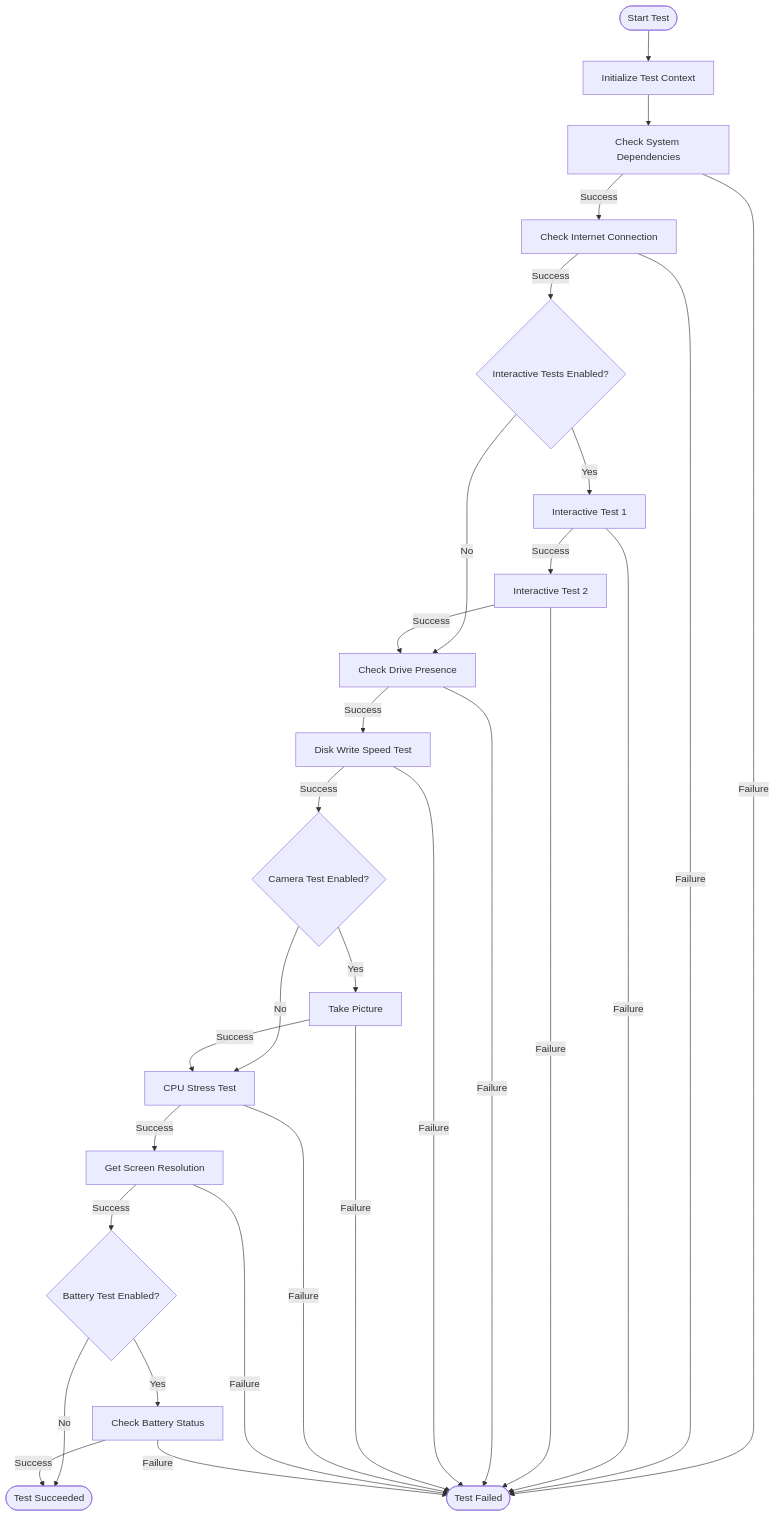
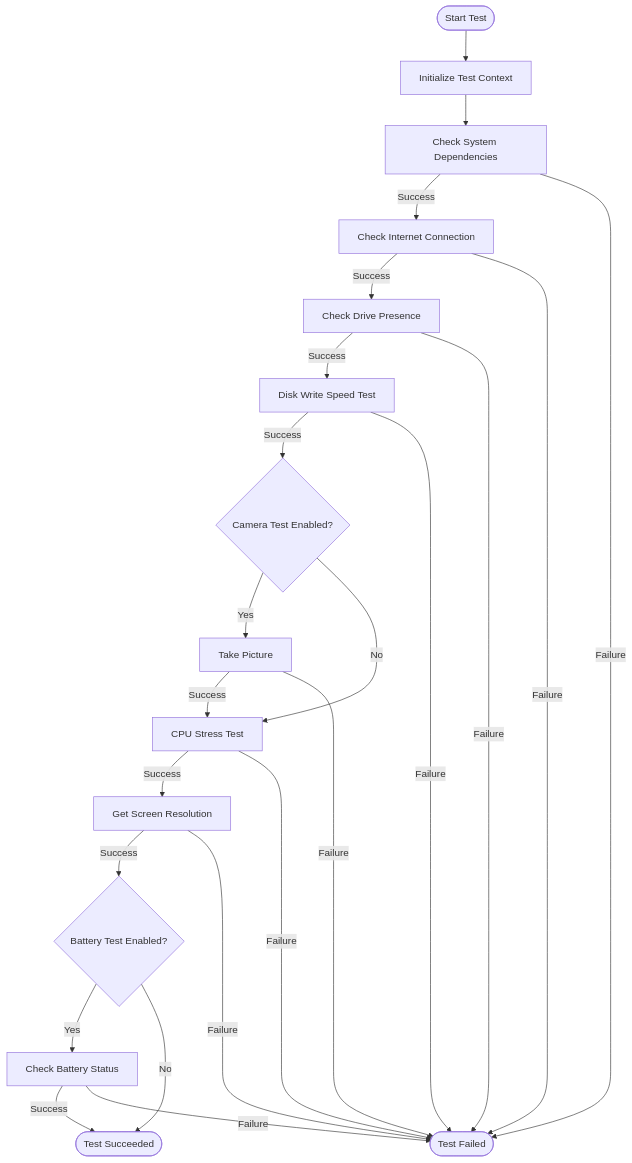
Before and after one commit to onnyx-systems/onnyx-test-examples: the first of 4 diagrams in example_1/README.md, drawn with Mermaid. The commit also changed other lines of this file and 27 other files, not shown here.

````diff
--- a/example_1/README.md
+++ b/example_1/README.md
@@ -21,44 +20,35 @@
 ```mermaid
 flowchart TD
     Start([Start Test]) --> Init[Initialize Test Context]
     Init --> SysDep[Check System Dependencies]
 
     SysDep -->|Success| Internet[Check Internet Connection]
     SysDep -->|Failure| Fail([Test Failed])
 
-    Internet -->|Success| Interactive{Interactive Tests Enabled?}
+    Internet -->|Success| DriveCheck[Check Drive Presence]
     Internet -->|Failure| Fail
-
-    Interactive -->|Yes| Interactive1[Interactive Test 1]
-    Interactive -->|No| DriveCheck[Check Drive Presence]
-
-    Interactive1 -->|Success| Interactive2[Interactive Test 2]
-    Interactive1 -->|Failure| Fail
-
-    Interactive2 -->|Success| DriveCheck
-    Interactive2 -->|Failure| Fail
 
     DriveCheck -->|Success| DiskTest[Disk Write Speed Test]
     DriveCheck -->|Failure| Fail
 
     DiskTest -->|Success| CameraTest{Camera Test Enabled?}
     DiskTest -->|Failure| Fail
 
     CameraTest -->|Yes| Camera[Take Picture]
     CameraTest -->|No| CPUTest[CPU Stress Test]
 
     Camera -->|Success| CPUTest
     Camera -->|Failure| Fail
 
     CPUTest -->|Success| ScreenRes[Get Screen Resolution]
     CPUTest -->|Failure| Fail
 
     ScreenRes -->|Success| BatteryTest{Battery Test Enabled?}
     ScreenRes -->|Failure| Fail
 
     BatteryTest -->|Yes| Battery[Check Battery Status]
     BatteryTest -->|No| Success([Test Succeeded])
 
     Battery -->|Success| Success
     Battery -->|Failure| Fail
 ```
````
